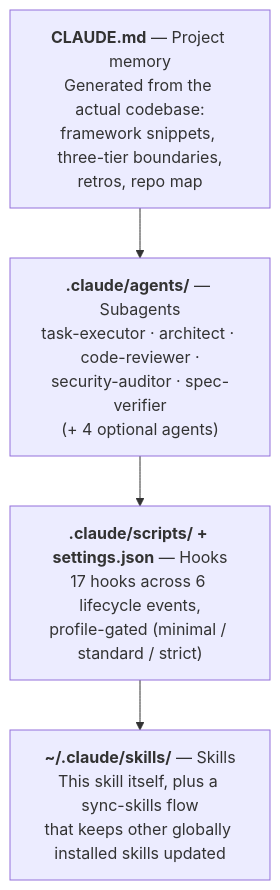
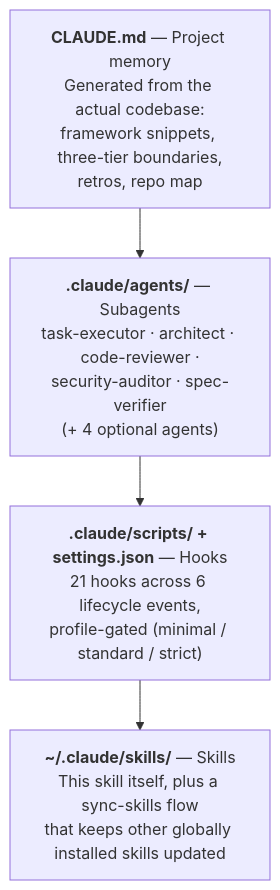
The diagram in README.md (tkdtaylor/create-project), drawn with Mermaid before and after one commit. The commit also changed other lines of this file and 22 other files, not shown here.

````diff
--- a/README.md
+++ b/README.md
@@ -31,8 +31,8 @@
 ```mermaid
 flowchart TB
     L1["<b>CLAUDE.md</b> — Project memory<br/>Generated from the actual codebase:<br/>framework snippets, three-tier boundaries,<br/>retros, repo map"]
     L2["<b>.claude/agents/</b> — Subagents<br/>task-executor · architect · code-reviewer ·<br/>security-auditor · spec-verifier<br/>(+ 4 optional agents)"]
-    L3["<b>.claude/scripts/ + settings.json</b> — Hooks<br/>17 hooks across 6 lifecycle events,<br/>profile-gated (minimal / standard / strict)"]
+    L3["<b>.claude/scripts/ + settings.json</b> — Hooks<br/>21 hooks across 6 lifecycle events,<br/>profile-gated (minimal / standard / strict)"]
     L4["<b>~/.claude/skills/</b> — Skills<br/>This skill itself, plus a sync-skills flow<br/>that keeps other globally installed skills updated"]
     L1 --> L2 --> L3 --> L4
 ```
````
